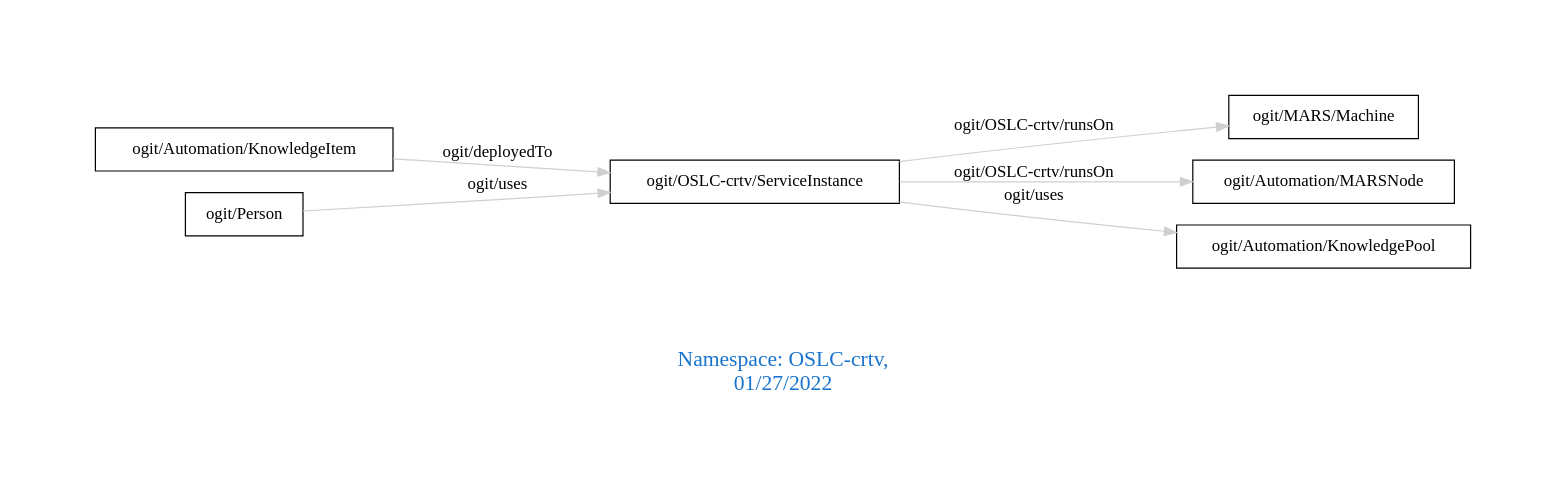
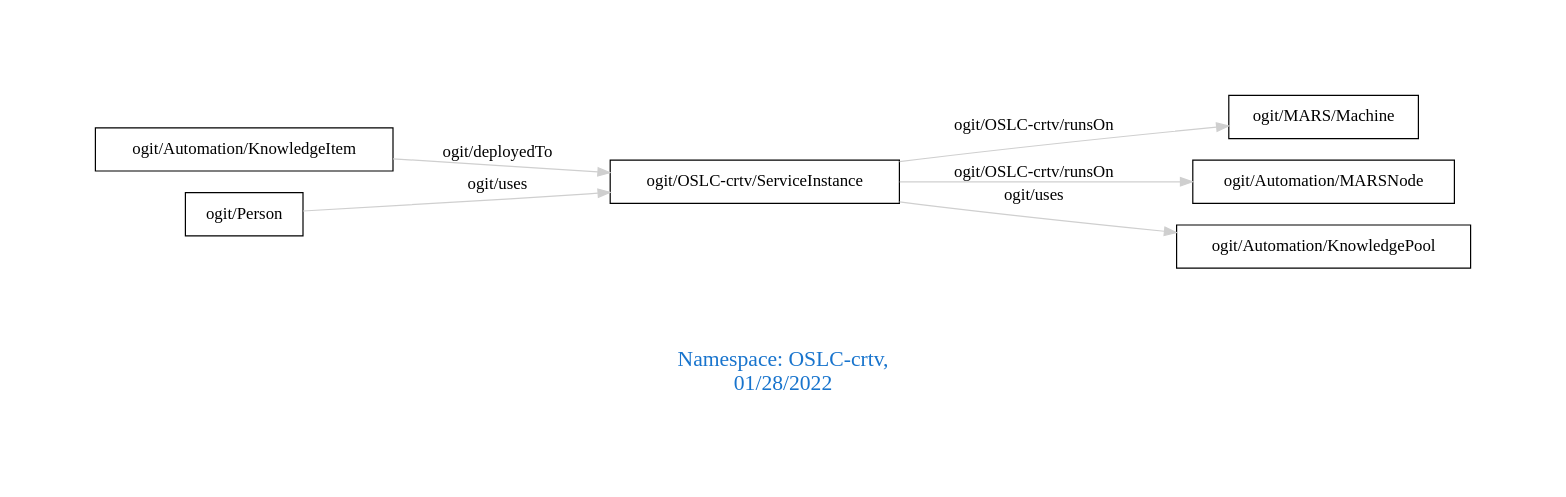
One commit to arago/OGIT changed the diagram in downloads/OSLC-crtv.dot. Above: the diagram before and after it, drawn with Graphviz. The commit also changed 1923 other files, not shown here.

```diff
--- a/downloads/OSLC-crtv.dot
+++ b/downloads/OSLC-crtv.dot
@@ -1,13 +1,13 @@
 digraph OGIT_ontology {
  graph [ rankdir= LR,pad=1 
 fontsize = 18,
-fontcolor= dodgerblue3,label = "\n\n\nNamespace: OSLC-crtv, \n 01/27/2022"];
+fontcolor= dodgerblue3,label = "\n\n\nNamespace: OSLC-crtv, \n 01/28/2022"];
 node[shape=polygon];
 edge [  color="gray81"];
 
    "ogit/Automation/KnowledgeItem" -> "ogit/OSLC-crtv/ServiceInstance" [label="   ogit/deployedTo    "];
    "ogit/OSLC-crtv/ServiceInstance" -> "ogit/MARS/Machine" [label="   ogit/OSLC-crtv/runsOn    "];
    "ogit/OSLC-crtv/ServiceInstance" -> "ogit/Automation/MARSNode" [label="   ogit/OSLC-crtv/runsOn    "];
    "ogit/OSLC-crtv/ServiceInstance" -> "ogit/Automation/KnowledgePool" [label="   ogit/uses    "];
    "ogit/Person" -> "ogit/OSLC-crtv/ServiceInstance" [label="   ogit/uses    "];
 }
```
